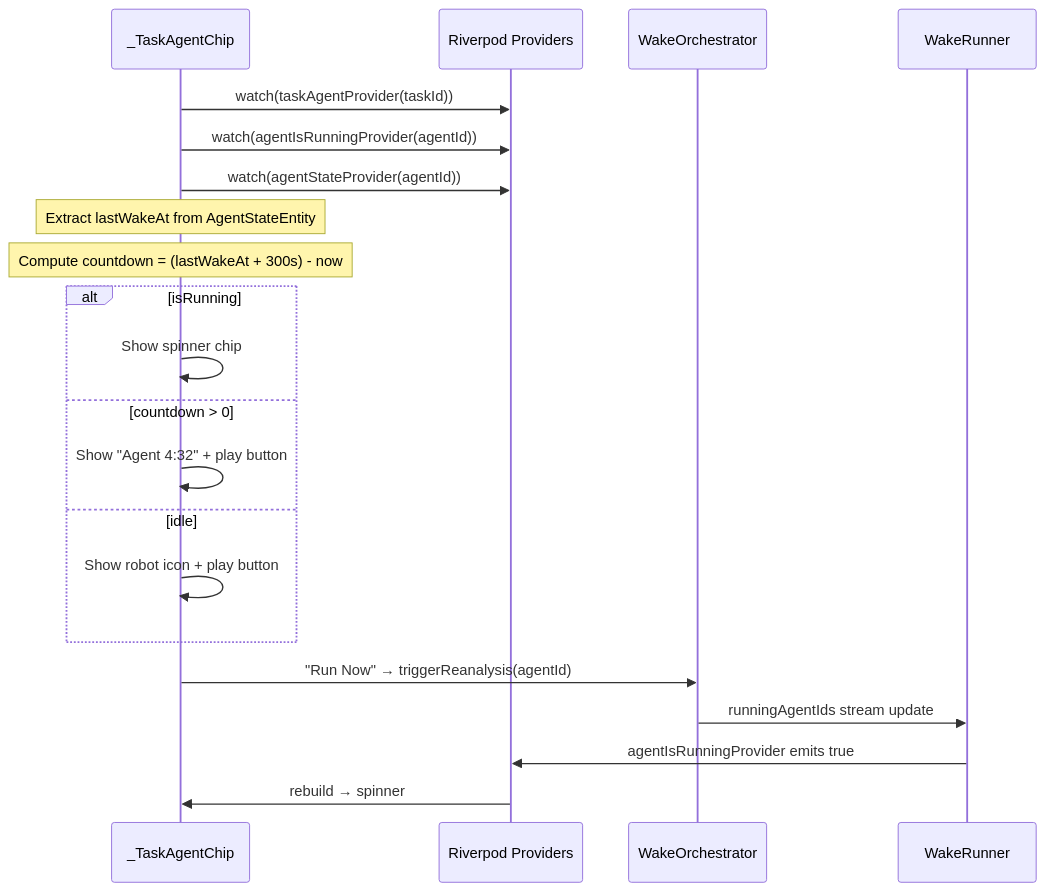
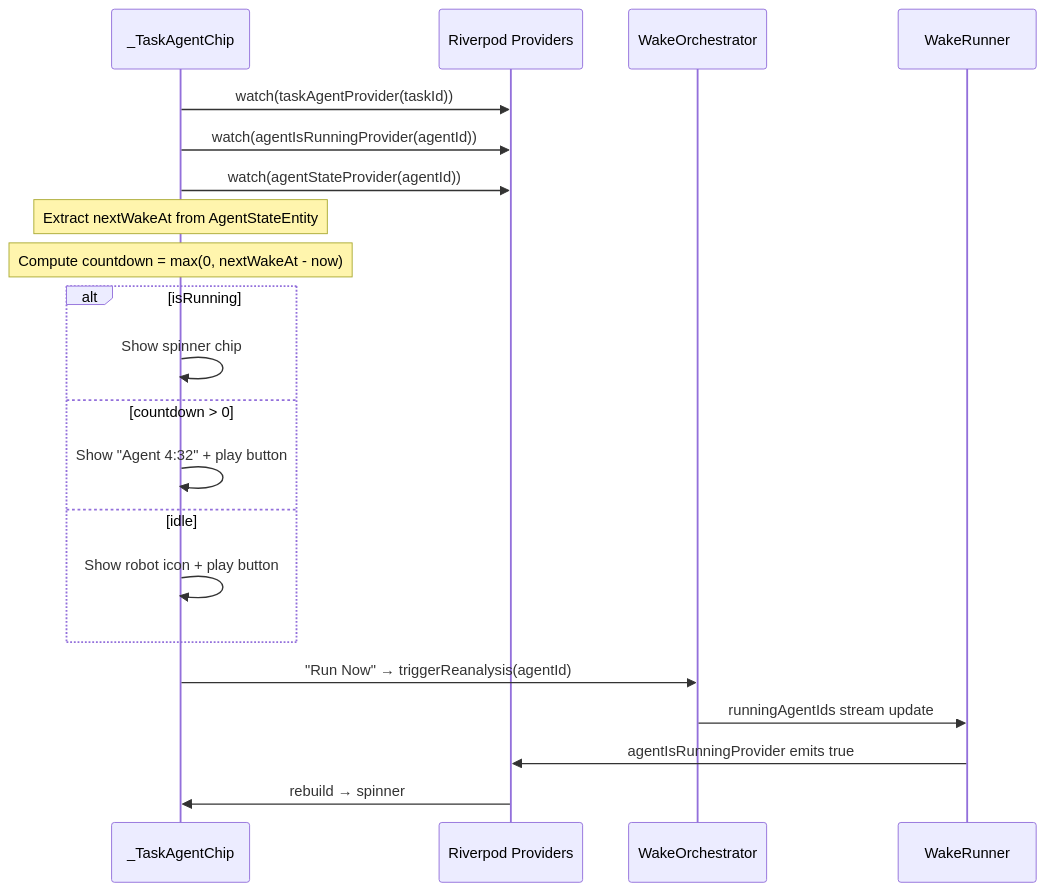
One commit to matthiasn/lotti changed the fifth of 6 diagrams in docs/implementation_plans/2026-02-26_agent_throttling_manual_trigger.md. Above: the diagram before and after it, drawn with Mermaid. The commit also changed other lines of this file and 5 other files, not shown here.

````diff
--- a/docs/implementation_plans/2026-02-26_agent_throttling_manual_trigger.md
+++ b/docs/implementation_plans/2026-02-26_agent_throttling_manual_trigger.md
@@ -131,26 +131,26 @@
 ```mermaid
 sequenceDiagram
     participant TAC as _TaskAgentChip
     participant RP as Riverpod Providers
     participant WO as WakeOrchestrator
     participant WR as WakeRunner
 
     TAC->>RP: watch(taskAgentProvider(taskId))
     TAC->>RP: watch(agentIsRunningProvider(agentId))
     TAC->>RP: watch(agentStateProvider(agentId))
-    Note over TAC: Extract lastWakeAt from AgentStateEntity
-    Note over TAC: Compute countdown = (lastWakeAt + 300s) - now
+    Note over TAC: Extract nextWakeAt from AgentStateEntity
+    Note over TAC: Compute countdown = max(0, nextWakeAt - now)
 
     alt isRunning
         TAC->>TAC: Show spinner chip
     else countdown > 0
         TAC->>TAC: Show "Agent 4:32" + play button
     else idle
         TAC->>TAC: Show robot icon + play button
     end
 
     TAC->>WO: "Run Now" → triggerReanalysis(agentId)
     WO->>WR: runningAgentIds stream update
     WR->>RP: agentIsRunningProvider emits true
     RP->>TAC: rebuild → spinner
 ```
````
